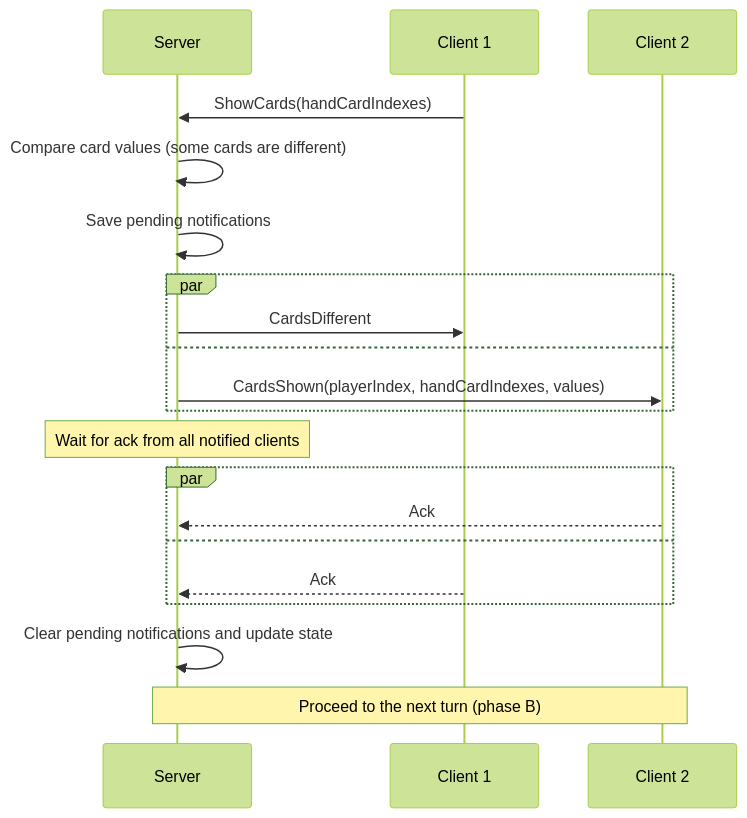
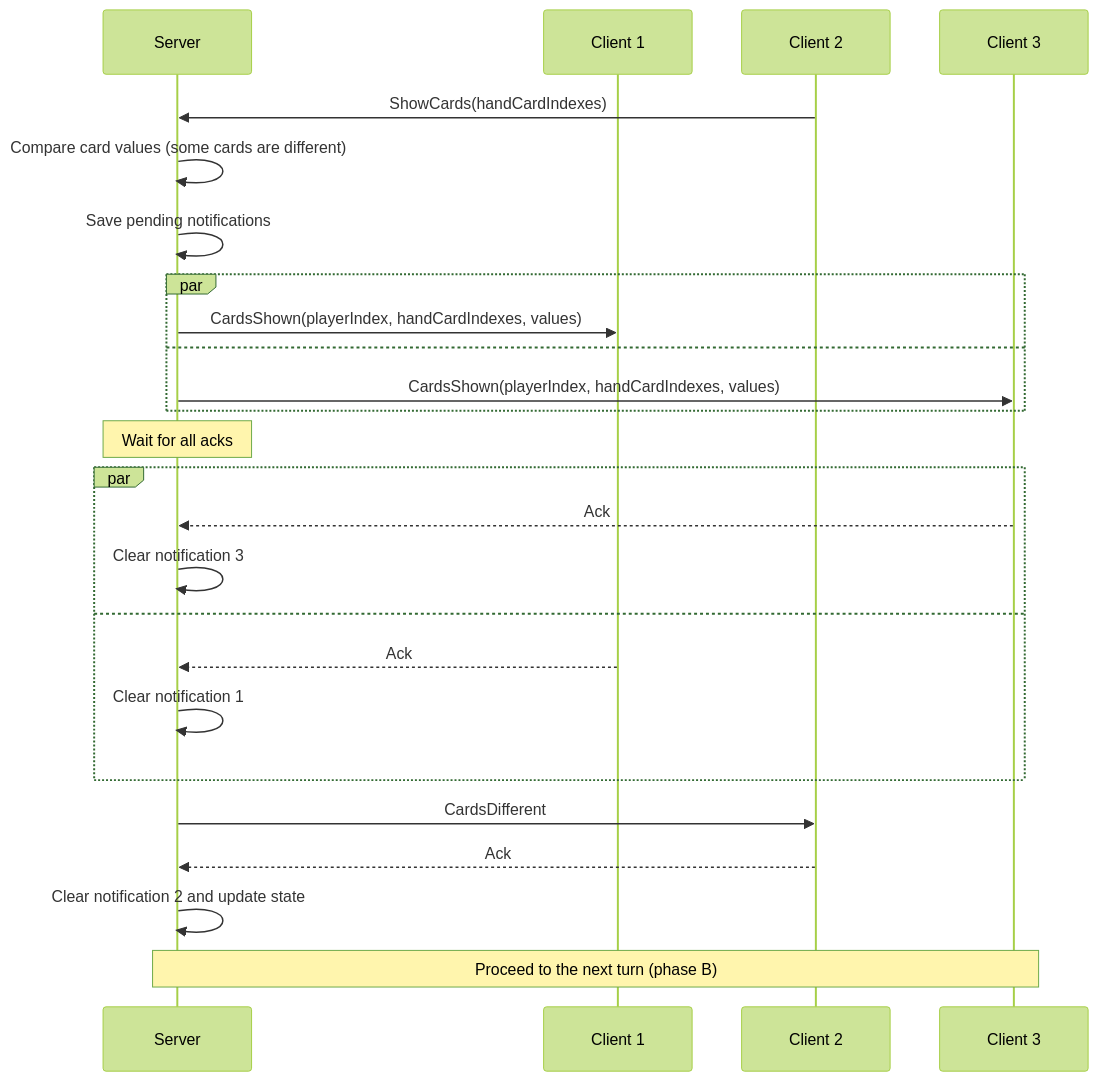
Before and after one commit to roman-zubarevich/another: the seventh of 15 diagrams in README.md, drawn with Mermaid (forest theme). The commit also changed other lines of this file, not shown here.

````diff
--- a/README.md
+++ b/README.md
@@ -164,22 +191,27 @@
 ```mermaid
 sequenceDiagram
     participant S as Server
     participant C1 as Client 1
     participant C2 as Client 2
-    C1->>S: ShowCards(handCardIndexes)
+    participant C3 as Client 3
+    C2->>S: ShowCards(handCardIndexes)
     S->>S: Compare card values (some cards are different)
     S->>S: Save pending notifications
     par
-        S->>C1: CardsDifferent
+        S->>C1: CardsShown(playerIndex, handCardIndexes, values)
     and
-        S->>C2: CardsShown(playerIndex, handCardIndexes, values)
+        S->>C3: CardsShown(playerIndex, handCardIndexes, values)
     end
-    Note over S: Wait for ack from all notified clients
+    Note over S: Wait for all acks
     par
-        C2-->>S: Ack
+        C3-->>S: Ack
+        S->>S: Clear notification 3
     and
         C1-->>S: Ack
+        S->>S: Clear notification 1
     end
-    S->>S: Clear pending notifications and update state
-    Note over S,C2: Proceed to the next turn (phase B)
+    S->>C2: CardsDifferent
+    C2-->>S: Ack
+    S->>S: Clear notification 2 and update state
+    Note over S,C3: Proceed to the next turn (phase B)
 ```
````
